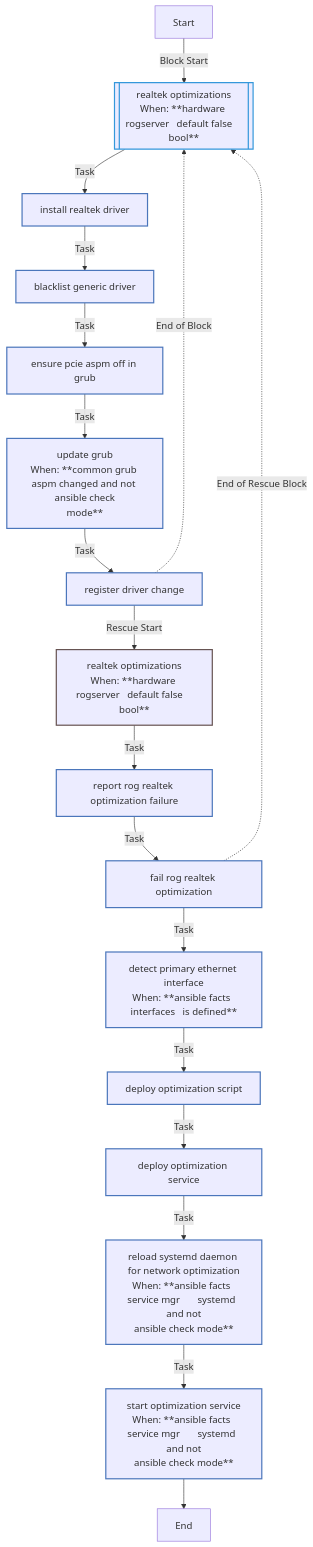
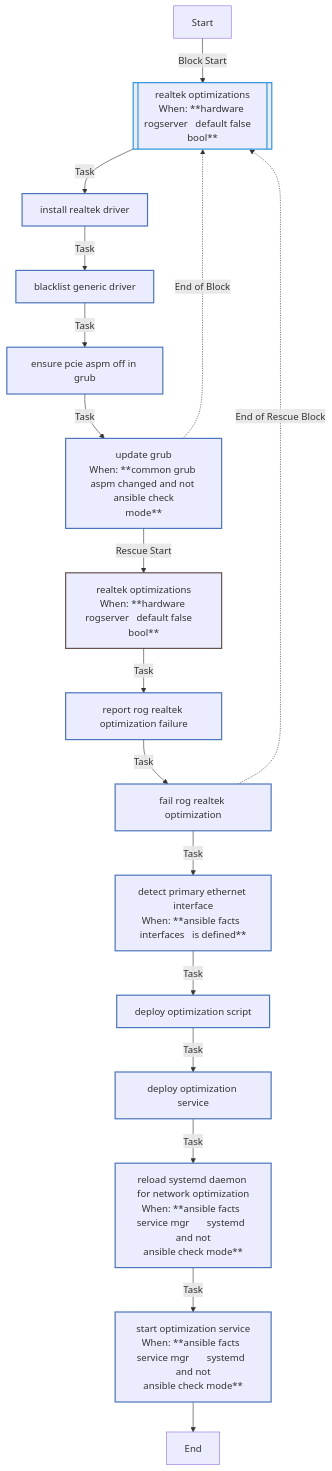
Before and after one commit to rou-cru/k3s-homelab: the sixth of 8 diagrams in roles/common/README.md, drawn with Mermaid. The commit also changed other lines of this file and 107 other files, not shown here.

````diff
--- a/roles/common/README.md
+++ b/roles/common/README.md
@@ -501,30 +497,29 @@
 ```mermaid
 flowchart TD
 Start
 classDef block stroke:#3498db,stroke-width:2px;
 classDef task stroke:#4b76bb,stroke-width:2px;
 classDef includeTasks stroke:#16a085,stroke-width:2px;
 classDef importTasks stroke:#34495e,stroke-width:2px;
 classDef includeRole stroke:#2980b9,stroke-width:2px;
 classDef importRole stroke:#699ba7,stroke-width:2px;
 classDef includeVars stroke:#8e44ad,stroke-width:2px;
 classDef rescue stroke:#665352,stroke-width:2px;
 
   Start-->|Block Start| Realtek_optimizations0_block_start_0[[realtek optimizations<br>When: **hardware rogserver   default false    bool**]]:::block
   Realtek_optimizations0_block_start_0-->|Task| Install_Realtek_driver0[install realtek driver]:::task
   Install_Realtek_driver0-->|Task| Blacklist_generic_driver1[blacklist generic driver]:::task
   Blacklist_generic_driver1-->|Task| Ensure_pcie_aspm_off_in_GRUB2[ensure pcie aspm off in grub]:::task
   Ensure_pcie_aspm_off_in_GRUB2-->|Task| Update_GRUB3[update grub<br>When: **common grub aspm changed and not ansible check<br>mode**]:::task
-  Update_GRUB3-->|Task| Register_driver_change4[register driver change]:::task
-  Register_driver_change4-.->|End of Block| Realtek_optimizations0_block_start_0
-  Register_driver_change4-->|Rescue Start| Realtek_optimizations0_rescue_start_0[realtek optimizations<br>When: **hardware rogserver   default false    bool**]:::rescue
+  Update_GRUB3-.->|End of Block| Realtek_optimizations0_block_start_0
+  Update_GRUB3-->|Rescue Start| Realtek_optimizations0_rescue_start_0[realtek optimizations<br>When: **hardware rogserver   default false    bool**]:::rescue
   Realtek_optimizations0_rescue_start_0-->|Task| Report_RoG_Realtek_optimization_failure0[report rog realtek optimization failure]:::task
   Report_RoG_Realtek_optimization_failure0-->|Task| Fail_RoG_Realtek_optimization1[fail rog realtek optimization]:::task
   Fail_RoG_Realtek_optimization1-.->|End of Rescue Block| Realtek_optimizations0_block_start_0
   Fail_RoG_Realtek_optimization1-->|Task| Detect_primary_ethernet_interface1[detect primary ethernet interface<br>When: **ansible facts  interfaces   is defined**]:::task
   Detect_primary_ethernet_interface1-->|Task| Deploy_optimization_script2[deploy optimization script]:::task
   Deploy_optimization_script2-->|Task| Deploy_optimization_service3[deploy optimization service]:::task
   Deploy_optimization_service3-->|Task| Reload_systemd_daemon_for_network_optimization4[reload systemd daemon for network optimization<br>When: **ansible facts  service mgr       systemd  and not<br>ansible check mode**]:::task
   Reload_systemd_daemon_for_network_optimization4-->|Task| Start_optimization_service5[start optimization service<br>When: **ansible facts  service mgr       systemd  and not<br>ansible check mode**]:::task
   Start_optimization_service5-->End
 ```
````
